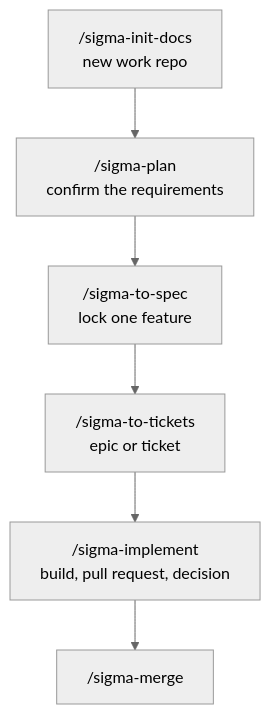
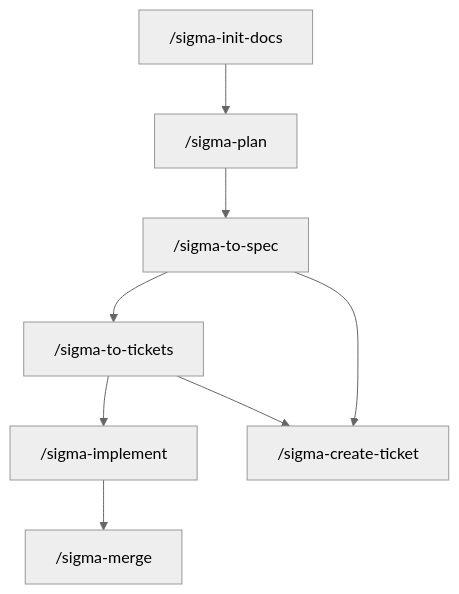
Before and after one commit to sigma-michael/sigma-build-factory: the first of 3 diagrams in README.md, drawn with Mermaid (neutral theme). The commit also changed other lines of this file and 13 other files, not shown here.

````diff
--- a/README.md
+++ b/README.md
@@ -42,8 +42,10 @@
 ```mermaid
 flowchart TD
-  init["/sigma-init-docs<br/>new work repo"] --> plan["/sigma-plan<br/>confirm the requirements"]
-  plan --> spec["/sigma-to-spec<br/>lock one feature"]
-  spec --> tickets["/sigma-to-tickets<br/>epic or ticket"]
-  tickets --> impl["/sigma-implement<br/>build, pull request, decision"]
+  init["/sigma-init-docs"] --> plan["/sigma-plan"]
+  plan --> spec["/sigma-to-spec"]
+  spec --> tickets["/sigma-to-tickets"]
+  tickets --> impl["/sigma-implement"]
   impl --> merge["/sigma-merge"]
+  spec --> file["/sigma-create-ticket"]
+  tickets --> file
 ```
````
